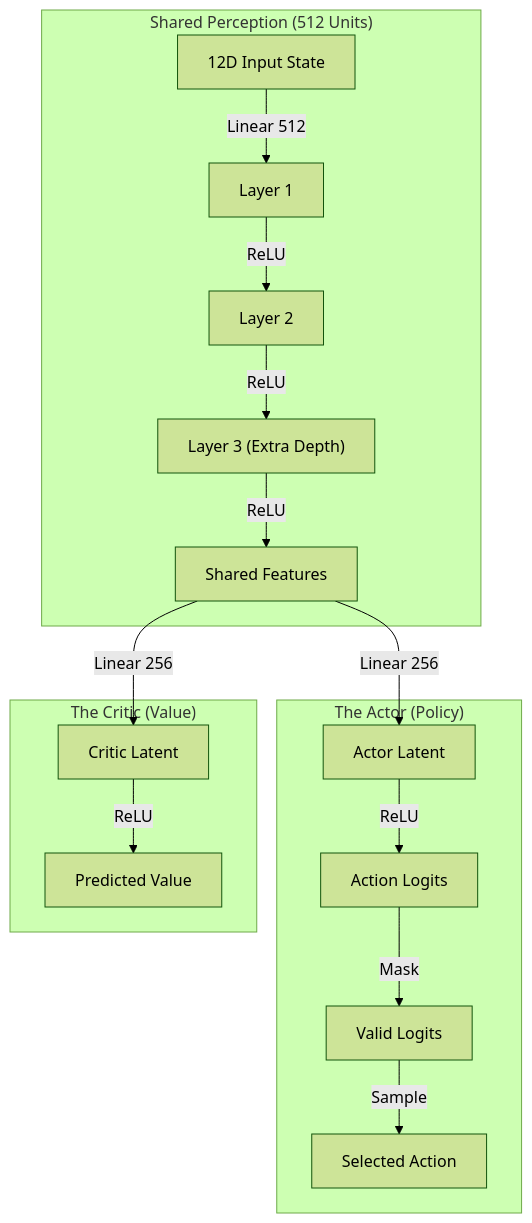
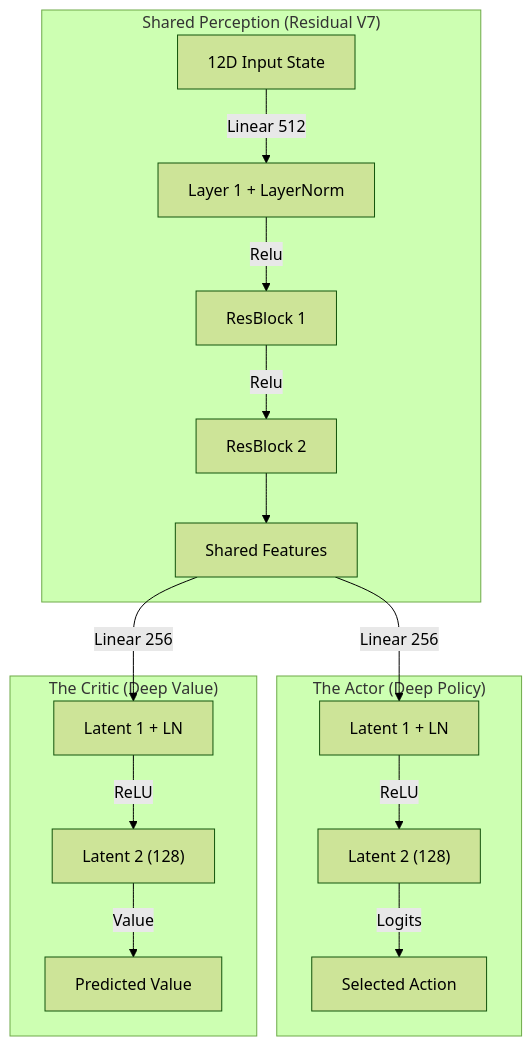
Before and after one commit to didi-09/AI_DRIVEN_SOAR: the fifth of 6 diagrams in README.md, drawn with Mermaid (forest theme). The commit also changed other lines of this file, not shown here.

````diff
--- a/README.md
+++ b/README.md
@@ -205,23 +205,23 @@
 ```mermaid
 graph TD
     State["12D Input State"]
 
-    subgraph "Shared Perception (512 Units)"
-        State -->|Linear 512| L1["Layer 1"]
-        L1 -->|ReLU| L2["Layer 2"]
-        L2 -->|ReLU| L3["Layer 3 (Extra Depth)"]
-        L3 -->|ReLU| SharedOut["Shared Features"]
+    subgraph "Shared Perception (Residual V7)"
+        State -->|Linear 512| L1["Layer 1 + LayerNorm"]
+        L1 -->|Relu| R1["ResBlock 1"]
+        R1 -->|Relu| R2["ResBlock 2"]
+        R2 --> SharedOut["Shared Features"]
     end
 
-    subgraph "The Actor (Policy)"
-        SharedOut -->|Linear 256| LA["Actor Latent"]
-        LA -->|ReLU| Logits["Action Logits"]
-        Logits -->|Mask| Masked["Valid Logits"]
-        Masked -->|Sample| Action["Selected Action"]
+    subgraph "The Actor (Deep Policy)"
+        SharedOut -->|Linear 256| LA1["Latent 1 + LN"]
+        LA1 -->|ReLU| LA2["Latent 2 (128)"]
+        LA2 -->|Logits| Action["Selected Action"]
     end
 
-    subgraph "The Critic (Value)"
-        SharedOut -->|Linear 256| LC["Critic Latent"]
-        LC -->|ReLU| Value["Predicted Value"]
+    subgraph "The Critic (Deep Value)"
+        SharedOut -->|Linear 256| LC1["Latent 1 + LN"]
+        LC1 -->|ReLU| LC2["Latent 2 (128)"]
+        LC2 -->|Value| Value["Predicted Value"]
     end
 ```
````
